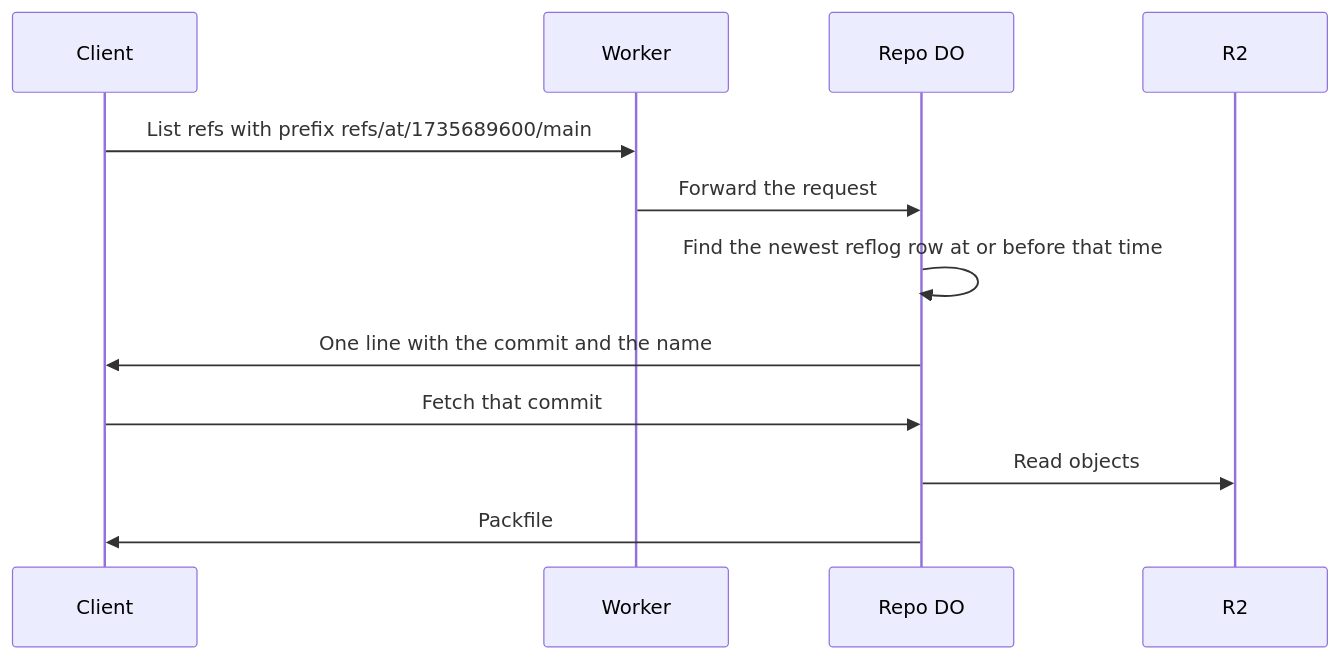
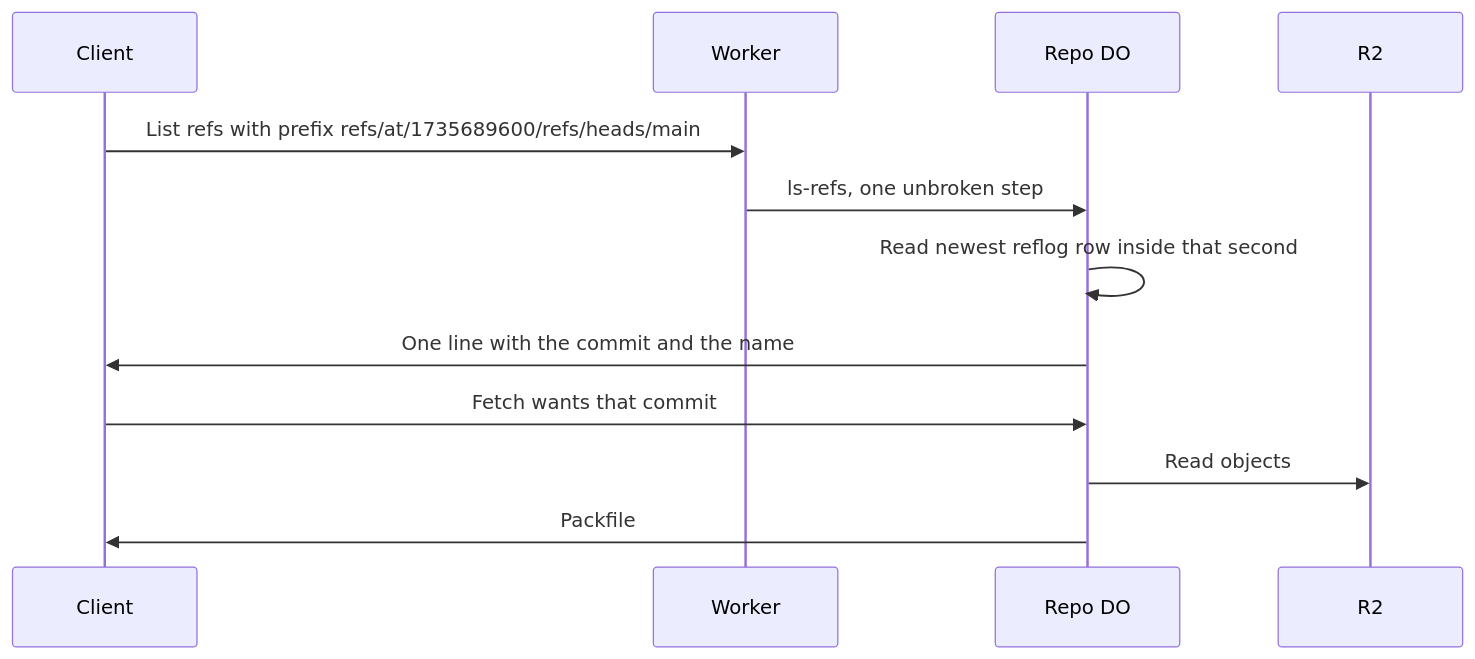
The diagram in plain/time-travel-refs.md (idl3/git-edge), drawn with Mermaid before and after one commit. The commit also changed other lines of this file and 65 other files, not shown here.

````diff
--- a/plain/time-travel-refs.md
+++ b/plain/time-travel-refs.md
@@ -32,14 +35,14 @@
 ```mermaid
 sequenceDiagram
     participant C as Client
     participant W as Worker
     participant D as Repo DO
     participant R as R2
-    C->>W: List refs with prefix refs/at/1735689600/main
-    W->>D: Forward the request
-    D->>D: Find the newest reflog row at or before that time
+    C->>W: List refs with prefix refs/at/1735689600/refs/heads/main
+    W->>D: ls-refs, one unbroken step
+    D->>D: Read newest reflog row inside that second
     D->>C: One line with the commit and the name
-    C->>D: Fetch that commit
+    C->>D: Fetch wants that commit
     D->>R: Read objects
     D->>C: Packfile
 ```
````
